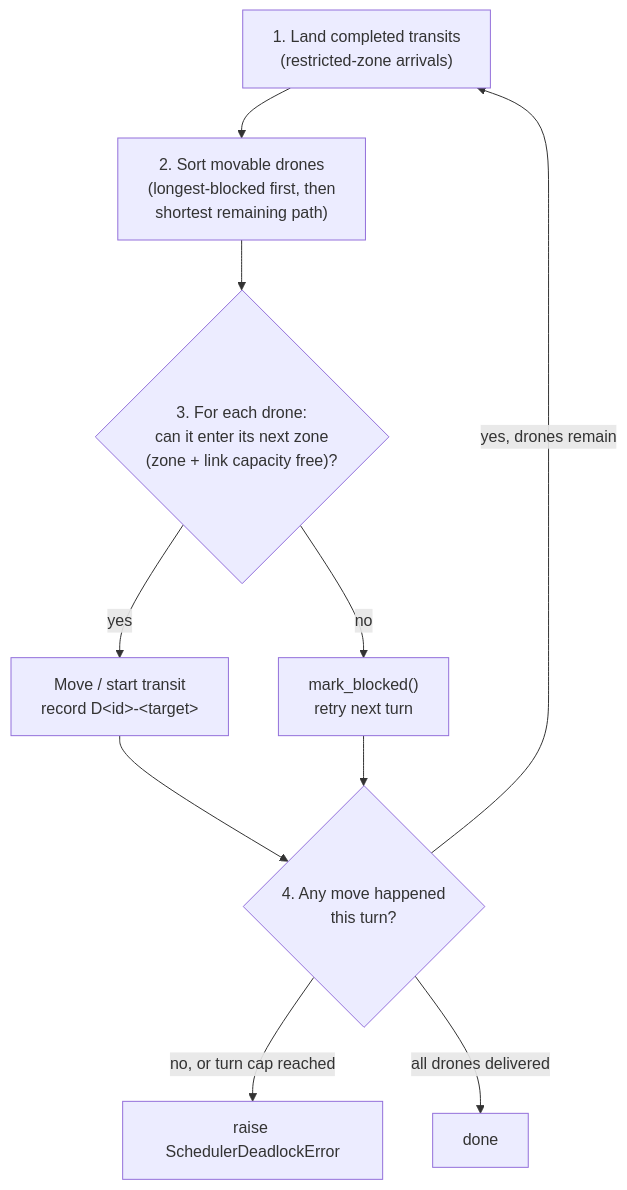
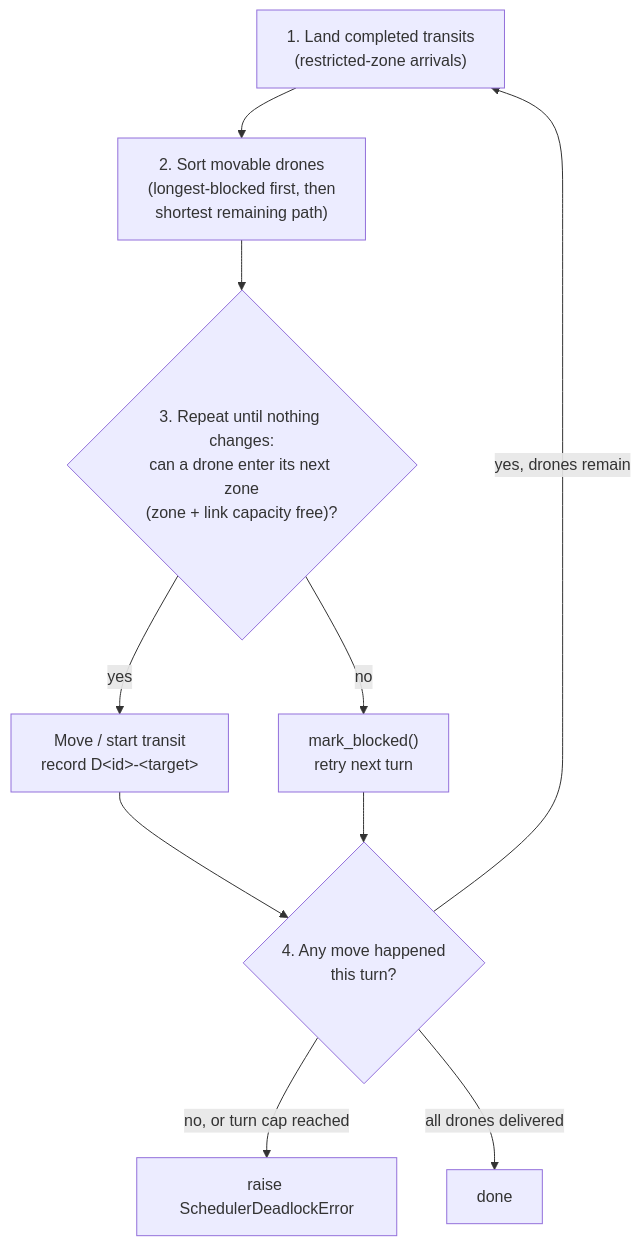
The second of 4 diagrams in README.md (jasuoh/42-fly-in), drawn with Mermaid before and after one commit. The commit also changed other lines of this file and 4 other files, not shown here.

````diff
--- a/README.md
+++ b/README.md
@@ -147,12 +152,12 @@
    ```mermaid
    flowchart TD
        A["1. Land completed transits\n(restricted-zone arrivals)"] --> B["2. Sort movable drones\n(longest-blocked first, then\nshortest remaining path)"]
-       B --> C{"3. For each drone:\ncan it enter its next zone\n(zone + link capacity free)?"}
+       B --> C{"3. Repeat until nothing changes:\ncan a drone enter its next zone\n(zone + link capacity free)?"}
        C -- "yes" --> D["Move / start transit\nrecord D&lt;id&gt;-&lt;target&gt;"]
        C -- "no" --> E["mark_blocked()\nretry next turn"]
        D --> F{"4. Any move happened\nthis turn?"}
        E --> F
        F -- "no, or turn cap reached" --> G["raise SchedulerDeadlockError"]
        F -- "yes, drones remain" --> A
        F -- "all drones delivered" --> H["done"]
    ```
````
